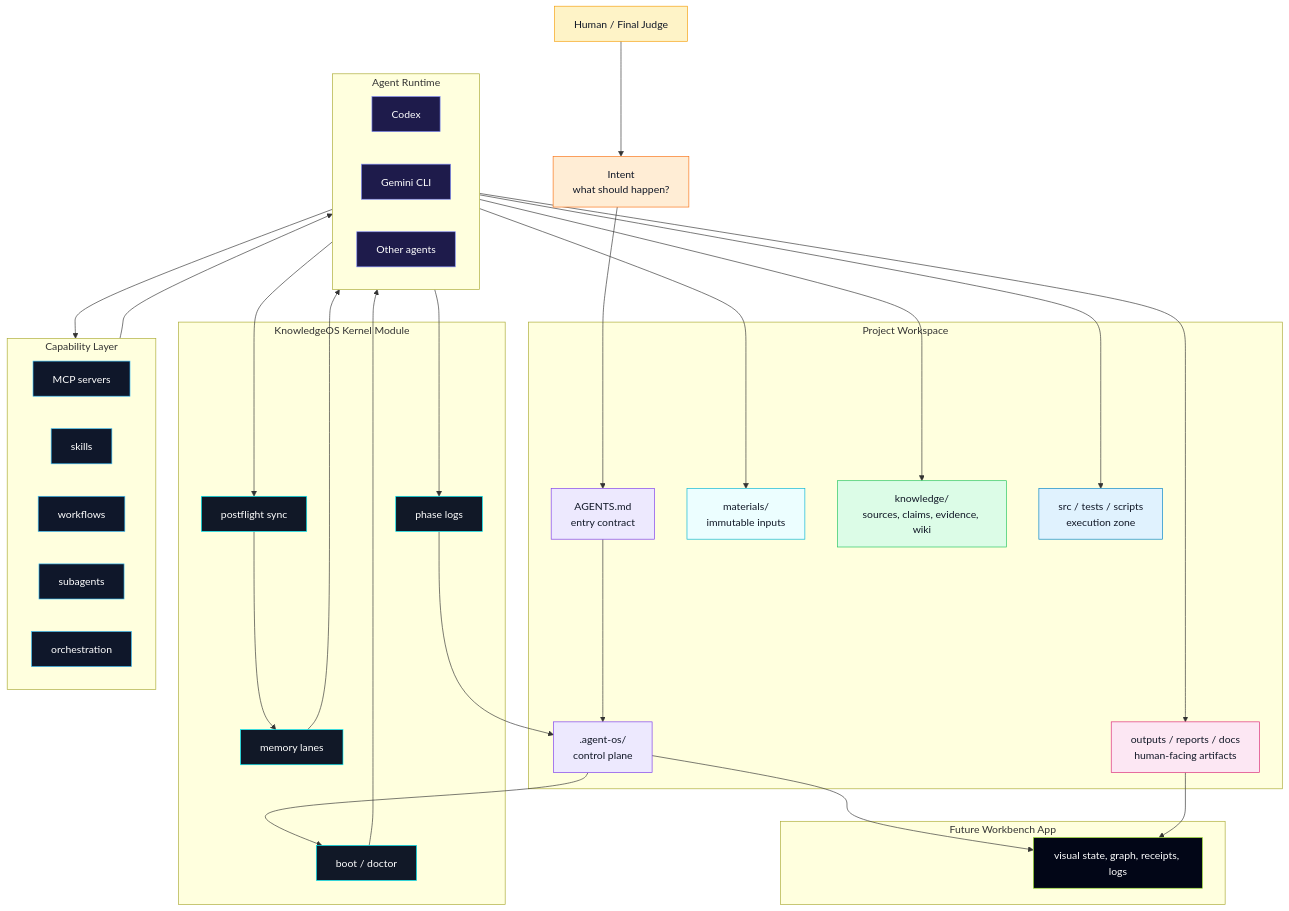
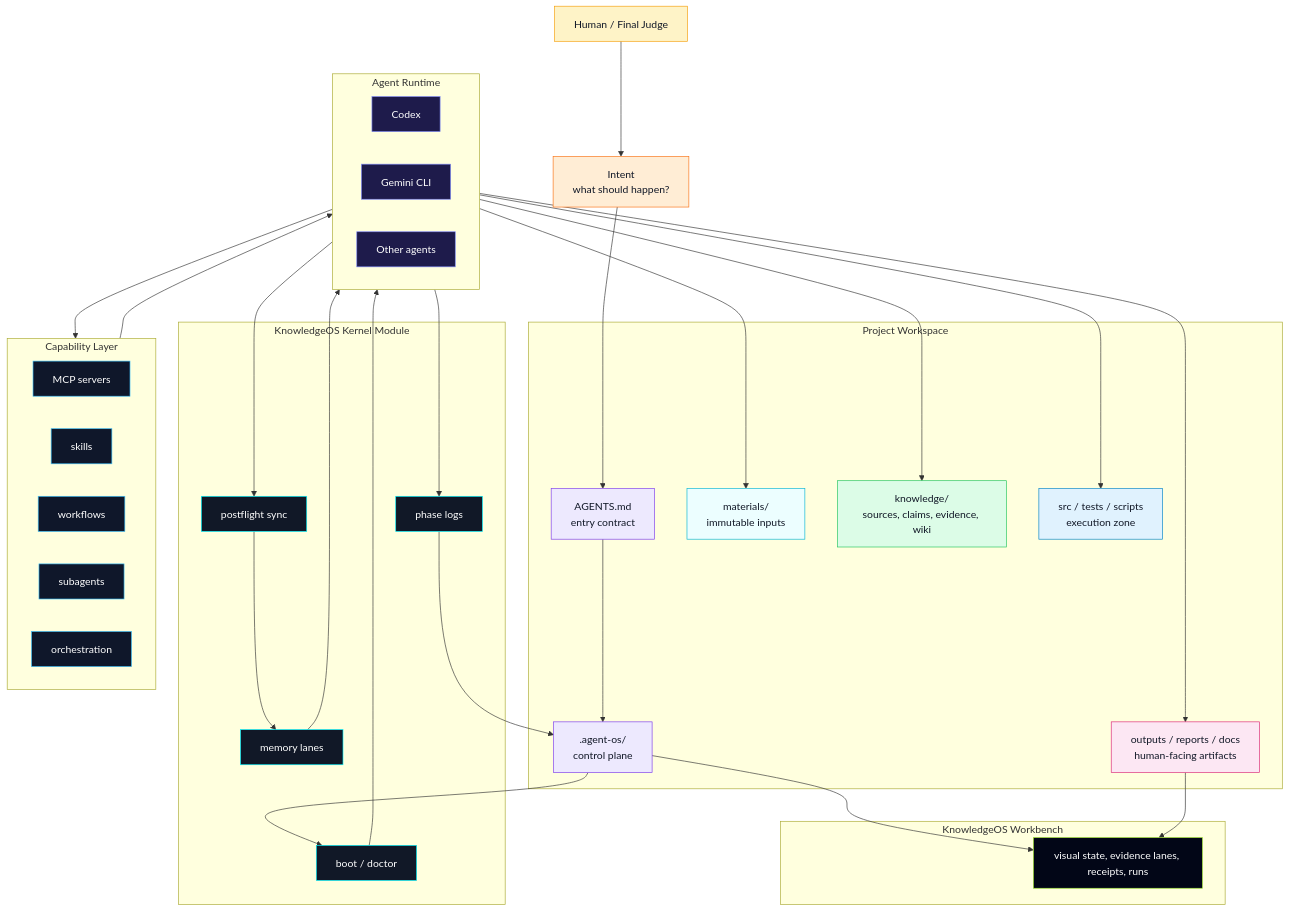
The diagram in README.md (Fly-Carrot/KnowledgeOS), drawn with Mermaid before and after one commit. The commit also changed other lines of this file and 21 other files, not shown here.

Commit message:
Package KnowledgeOS Workbench for macOS

````diff
--- a/README.md
+++ b/README.md
@@ -51,66 +51,66 @@
 ```mermaid
 flowchart TB
     Human["Human / Final Judge"]:::human
     Intent["Intent\nwhat should happen?"]:::intent
 
     subgraph Project["Project Workspace"]
         AgentsMd["AGENTS.md\nentry contract"]:::control
         AgentOS[".agent-os/\ncontrol plane"]:::control
         Materials["materials/\nimmutable inputs"]:::data
         Knowledge["knowledge/\nsources, claims, evidence, wiki"]:::knowledge
         Code["src / tests / scripts\nexecution zone"]:::code
         Outputs["outputs / reports / docs\nhuman-facing artifacts"]:::artifact
     end
 
     subgraph Kernel["KnowledgeOS Kernel Module"]
         Boot["boot / doctor"]:::kernel
         Phase["phase logs"]:::kernel
         Memory["memory lanes"]:::kernel
         Sync["postflight sync"]:::kernel
     end
 
     subgraph Capability["Capability Layer"]
         MCP["MCP servers"]:::cap
         Skills["skills"]:::cap
         Workflows["workflows"]:::cap
         Subagents["subagents"]:::cap
         Orchestrator["orchestration"]:::cap
     end
 
     subgraph Runtime["Agent Runtime"]
         Codex["Codex"]:::agent
         Gemini["Gemini CLI"]:::agent
         Other["Other agents"]:::agent
     end
 
-    subgraph Workbench["Future Workbench App"]
-        Desktop["visual state, graph, receipts, logs"]:::workbench
+    subgraph Workbench["KnowledgeOS Workbench"]
+        Desktop["visual state, evidence lanes, receipts, runs"]:::workbench
     end
 
     Human --> Intent --> AgentsMd --> AgentOS
     AgentOS --> Boot --> Runtime
     Runtime --> Phase
     Runtime --> Capability
     Capability --> Runtime
     Runtime --> Materials
     Runtime --> Knowledge
     Runtime --> Code
     Runtime --> Outputs
     Runtime --> Sync --> Memory
     Phase --> AgentOS
     Memory --> Runtime
     AgentOS --> Desktop
     Outputs --> Desktop
 
     classDef human fill:#fef3c7,stroke:#f59e0b,color:#111827
     classDef intent fill:#ffedd5,stroke:#f97316,color:#111827
     classDef control fill:#ede9fe,stroke:#7c3aed,color:#111827
     classDef data fill:#ecfeff,stroke:#06b6d4,color:#111827
     classDef knowledge fill:#dcfce7,stroke:#22c55e,color:#111827
     classDef code fill:#e0f2fe,stroke:#0284c7,color:#111827
     classDef artifact fill:#fce7f3,stroke:#db2777,color:#111827
     classDef kernel fill:#111827,stroke:#00f5ff,color:#ffffff
     classDef cap fill:#0f172a,stroke:#38bdf8,color:#ffffff
     classDef agent fill:#1e1b4b,stroke:#818cf8,color:#ffffff
     classDef workbench fill:#020617,stroke:#a3e635,color:#ffffff
 ```
````
